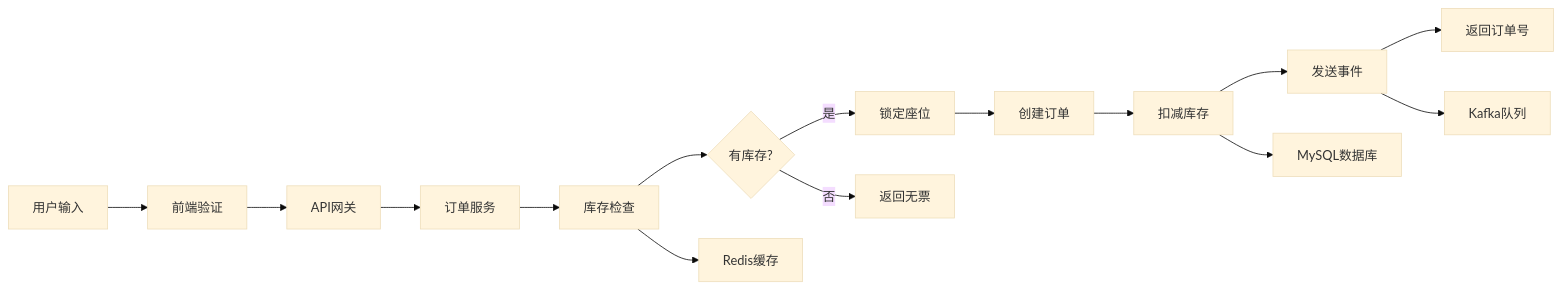
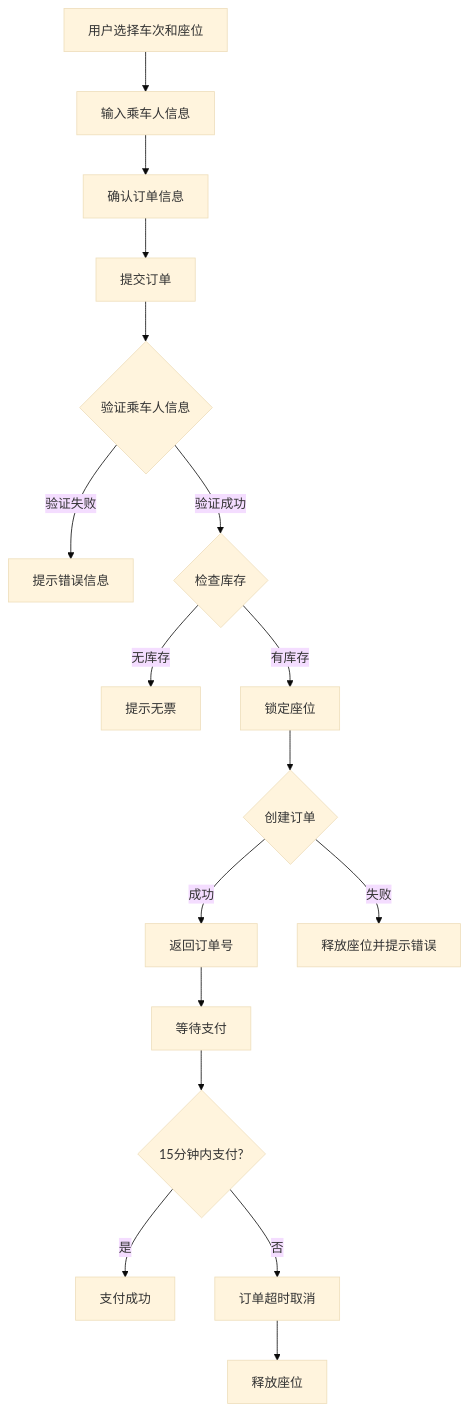
Before and after one commit to nextnine/12306: diagram 11 of 14 in 12306/requirements_analysis_v4.md, drawn with Mermaid (base theme). The commit also changed other lines of this file, not shown here.

````diff
--- a/12306/requirements_analysis_v4.md
+++ b/12306/requirements_analysis_v4.md
@@ -1647,18 +1054,19 @@
 ```mermaid
-graph LR
-    A[用户输入] --> B[前端验证]
-    B --> C[API网关]
-    C --> D[订单服务]
-    D --> E[库存检查]
-    E --> F{有库存?}
-    F -->|是| G[锁定座位]
-    F -->|否| H[返回无票]
-    G --> I[创建订单]
-    I --> J[扣减库存]
-    J --> K[发送事件]
-    K --> L[返回订单号]
-    
-    E --> M[Redis缓存]
-    J --> N[MySQL数据库]
-    K --> O[Kafka队列]
+graph TD
+    A[用户选择车次和座位] --> B[输入乘车人信息]
+    B --> C[确认订单信息]
+    C --> D[提交订单]
+    D --> E{验证乘车人信息}
+    E -->|验证失败| F[提示错误信息]
+    E -->|验证成功| G{检查库存}
+    G -->|无库存| H[提示无票]
+    G -->|有库存| I[锁定座位]
+    I --> J{创建订单}
+    J -->|成功| K[返回订单号]
+    J -->|失败| L[释放座位并提示错误]
+    K --> M[等待支付]
+    M --> N{15分钟内支付?}
+    N -->|是| O[支付成功]
+    N -->|否| P[订单超时取消]
+    P --> Q[释放座位]
 ```
````
